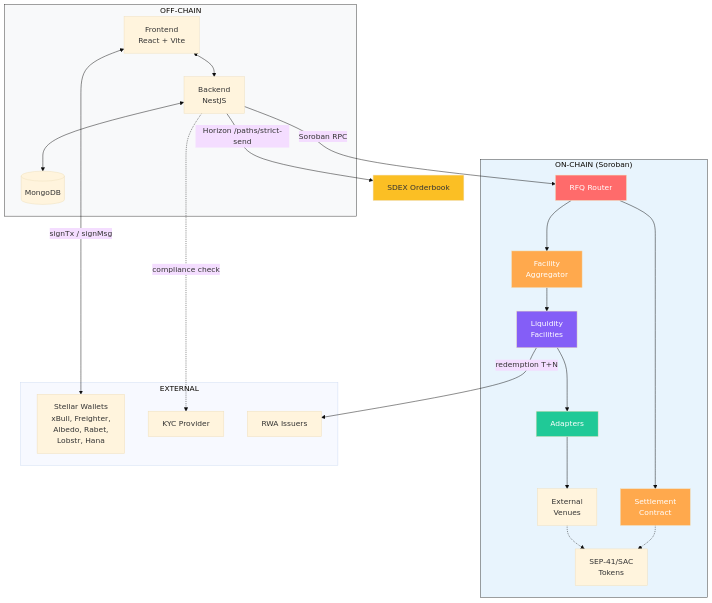
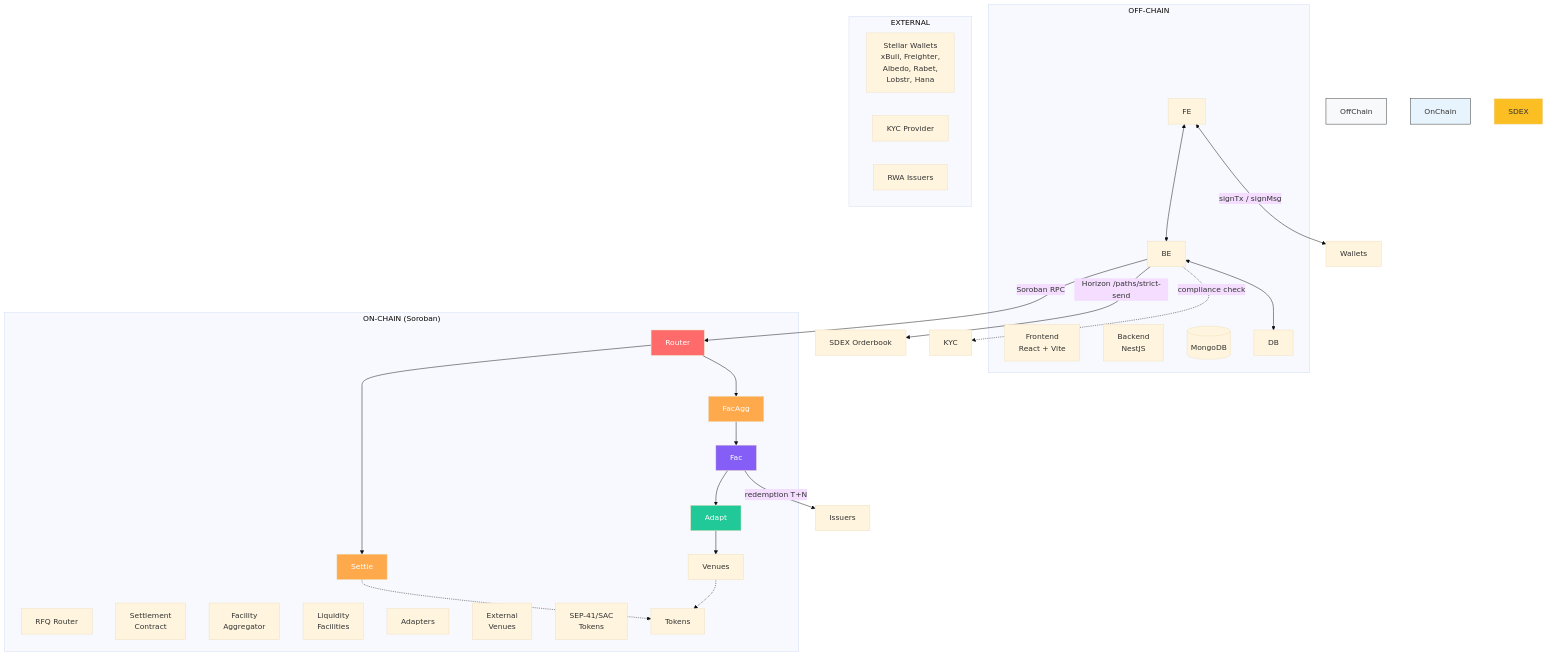
One commit to mystic-finance/Stellar-RFQ changed the ninth of 9 diagrams in docs/TECHNICAL_ARCHITECTURE.md. Above: the diagram before and after it, drawn with Mermaid (base theme). The commit also changed other lines of this file, not shown here.

````diff
--- a/docs/TECHNICAL_ARCHITECTURE.md
+++ b/docs/TECHNICAL_ARCHITECTURE.md
@@ -1498,49 +1304,49 @@
 ```mermaid
 graph TB
-    subgraph OffChain["OFF-CHAIN"]
-        FE["Frontend<br/>React + Vite"]
-        BE["Backend<br/>NestJS"]
-        DB[(MongoDB)]
+    subgraph OffChain\["OFF-CHAIN"]
+        FE\["Frontend<br/>React + Vite"]
+        BE\["Backend<br/>NestJS"]
+        DB\[(MongoDB)]
         FE <--> BE
         BE <--> DB
     end
 
-    subgraph OnChain["ON-CHAIN (Soroban)"]
-        Router["RFQ Router"]
-        Settle["Settlement<br/>Contract"]
-        FacAgg["Facility<br/>Aggregator"]
-        Fac["Liquidity<br/>Facilities"]
-        Adapt["Adapters"]
-        Venues["External<br/>Venues"]
-        Tokens["SEP-41/SAC<br/>Tokens"]
+    subgraph OnChain\["ON-CHAIN (Soroban)"]
+        Router\["RFQ Router"]
+        Settle\["Settlement<br/>Contract"]
+        FacAgg\["Facility<br/>Aggregator"]
+        Fac\["Liquidity<br/>Facilities"]
+        Adapt\["Adapters"]
+        Venues\["External<br/>Venues"]
+        Tokens\["SEP-41/SAC<br/>Tokens"]
 
         Router --> Settle
         Router --> FacAgg
         FacAgg --> Fac
         Fac --> Adapt
         Adapt --> Venues
         Venues -.-> Tokens
         Settle -.-> Tokens
     end
 
-    subgraph Ext["EXTERNAL"]
-        Wallets["Stellar Wallets<br/>xBull, Freighter,<br/>Albedo, Rabet,<br/>Lobstr, Hana"]
-        KYC["KYC Provider"]
-        Issuers["RWA Issuers"]
+    subgraph Ext\["EXTERNAL"]
+        Wallets\["Stellar Wallets<br/>xBull, Freighter,<br/>Albedo, Rabet,<br/>Lobstr, Hana"]
+        KYC\["KYC Provider"]
+        Issuers\["RWA Issuers"]
     end
 
     FE <-->|"signTx / signMsg"| Wallets
     BE -->|"Soroban RPC"| Router
-    BE -->|"Horizon /paths/strict-send"| SDEX["SDEX Orderbook"]
+    BE -->|"Horizon /paths/strict-send"| SDEX\["SDEX Orderbook"]
     Fac -->|"redemption T+N"| Issuers
     BE -.->|"compliance check"| KYC
 
     style OffChain fill:#f8f9fa,stroke:#333
     style OnChain fill:#e8f4fd,stroke:#333
     style Router fill:#ff6b6b,color:#fff
     style Settle fill:#ffa94d,color:#fff
     style FacAgg fill:#ffa94d,color:#fff
     style Fac fill:#845ef7,color:#fff
     style Adapt fill:#20c997,color:#fff
     style SDEX fill:#fbbf24,color:#333
 ```
````
